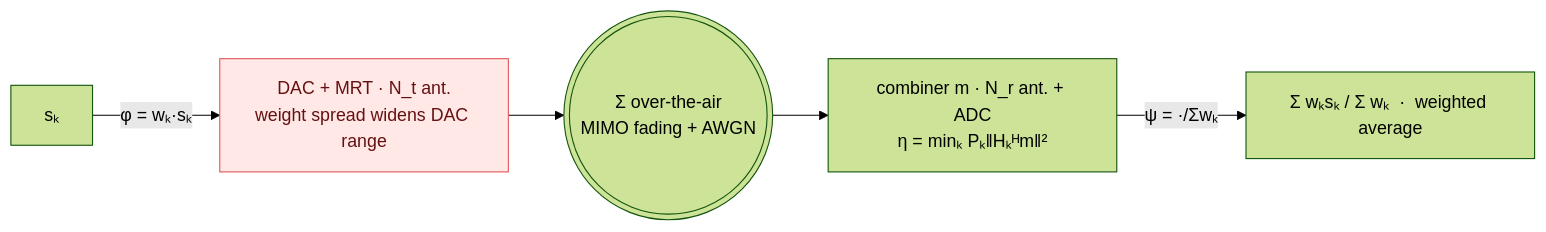
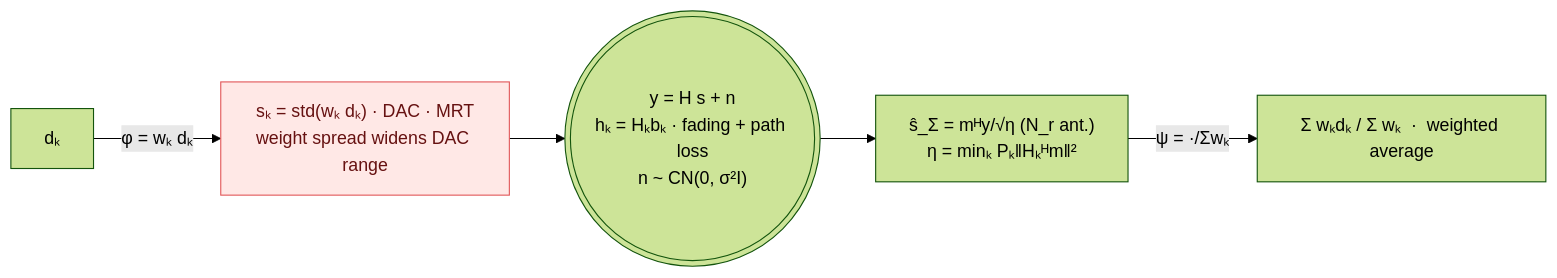
The fifth of 13 diagrams in README.md (wincle626/OverAirCompute), drawn with Mermaid (forest theme) before and after one commit. The commit also changed other lines of this file, not shown here.

````diff
--- a/README.md
+++ b/README.md
@@ -292,9 +309,9 @@
 ```mermaid
 flowchart LR
-    s["sₖ"] -->|"φ = wₖ·sₖ"| tx["DAC + MRT · N_t ant.<br/>weight spread widens DAC range"]
-    tx --> air((("Σ over-the-air<br/>MIMO fading + AWGN")))
-    air --> rx["combiner m · N_r ant. + ADC<br/>η = minₖ Pₖ‖Hₖᴴm‖²"]
-    rx -->|"ψ = ·/Σwₖ"| r["Σ wₖsₖ / Σ wₖ  ·  weighted average"]
+    d["dₖ"] -->|"φ = wₖ dₖ"| tx["sₖ = std(wₖ dₖ) · DAC · MRT<br/>weight spread widens DAC range"]
+    tx --> y((("y = H s + n<br/>hₖ = Hₖbₖ · fading + path loss<br/>n ~ CN(0, σ²I)")))
+    y --> rx["ŝ_Σ = mᴴy/√η (N_r ant.)<br/>η = minₖ Pₖ‖Hₖᴴm‖²"]
+    rx -->|"ψ = ·/Σwₖ"| r["Σ wₖdₖ / Σ wₖ  ·  weighted average"]
     classDef hot fill:#ffe8e6,stroke:#E15759,color:#611;
     class tx hot;
 ```
````
